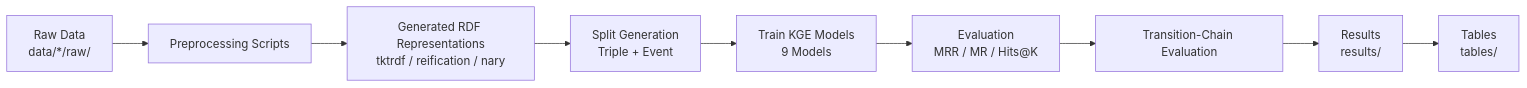
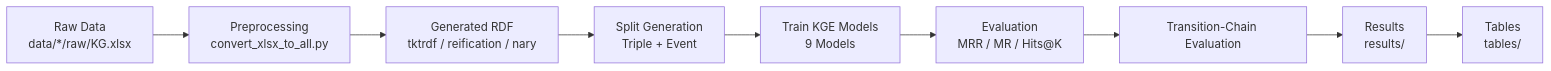
Before and after one commit to mbilal1111/TKTRdf: the diagram in README.md, drawn with Mermaid. The commit also changed other lines of this file, not shown here.

````diff
--- a/README.md
+++ b/README.md
@@ -4,16 +3,15 @@
 ```mermaid
 flowchart LR
 
-A[Raw Data<br>data/*/raw/] --> B[Preprocessing Scripts]
-B --> C[Generated RDF Representations<br>tktrdf / reification / nary]
+A[Raw Data<br>data/*/raw/KG.xlsx] --> B[Preprocessing<br>convert_xlsx_to_all.py]
+B --> C[Generated RDF<br>tktrdf / reification / nary]
 
 C --> D[Split Generation<br>Triple + Event]
 D --> E[Train KGE Models<br>9 Models]
 
 E --> F[Evaluation<br>MRR / MR / Hits@K]
 F --> G[Transition-Chain Evaluation]
 
 G --> H[Results<br>results/]
 H --> I[Tables<br>tables/]
-
 ```
````
